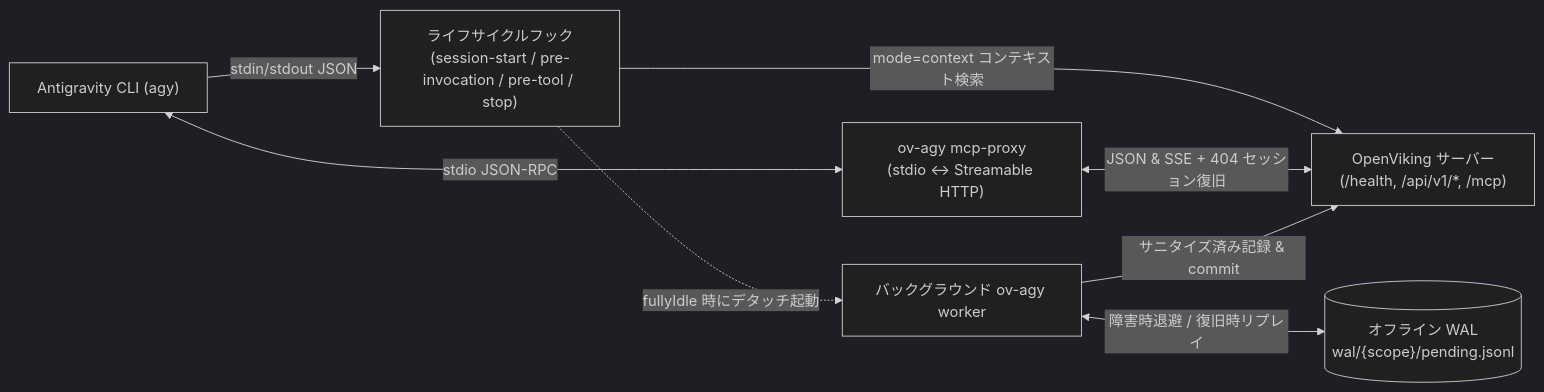
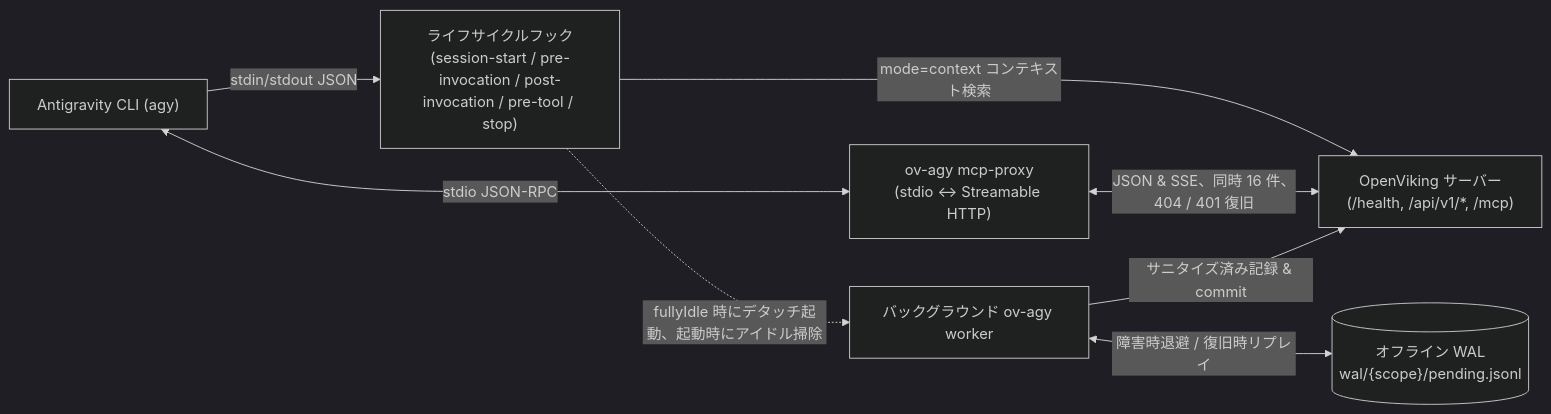
One commit to JamCh01/agy-openviking changed the diagram in README.ja.md. Above: the diagram before and after it, drawn with Mermaid (dark theme). The commit also changed other lines of this file and 41 other files, not shown here.

````diff
--- a/README.ja.md
+++ b/README.ja.md
@@ -56,17 +59,17 @@
 ```mermaid
 flowchart LR
     AGY["Antigravity CLI (agy)"]
-    HOOKS["ライフサイクルフック\n(session-start / pre-invocation / pre-tool / stop)"]
+    HOOKS["ライフサイクルフック\n(session-start / pre-invocation / post-invocation / pre-tool / stop)"]
     MCP["ov-agy mcp-proxy\n(stdio <-> Streamable HTTP)"]
     WORKER["バックグラウンド ov-agy worker"]
     WAL[("オフライン WAL\nwal/{scope}/pending.jsonl")]
     OV["OpenViking サーバー\n(/health, /api/v1/*, /mcp)"]
 
     AGY -->|"stdin/stdout JSON"| HOOKS
     AGY <-->|"stdio JSON-RPC"| MCP
     HOOKS -->|"mode=context コンテキスト検索"| OV
-    HOOKS -.->|"fullyIdle 時にデタッチ起動"| WORKER
-    MCP <-->|"JSON & SSE + 404 セッション復旧"| OV
+    HOOKS -.->|"fullyIdle 時にデタッチ起動、起動時にアイドル掃除"| WORKER
+    MCP <-->|"JSON & SSE、同時 16 件、404 / 401 復旧"| OV
     WORKER -->|"サニタイズ済み記録 & commit"| OV
     WORKER <-->|"障害時退避 / 復旧時リプレイ"| WAL
 ```
````
